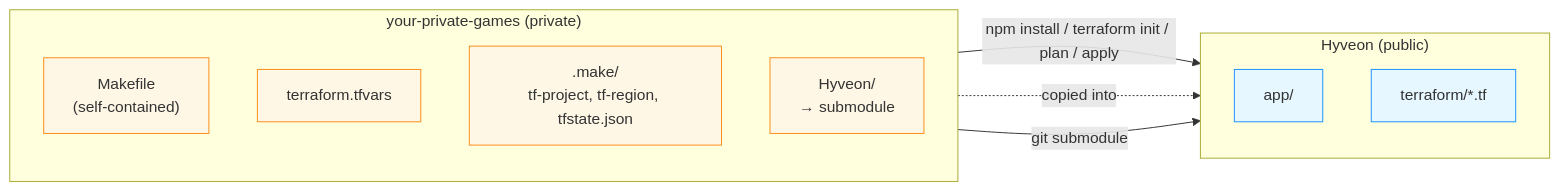
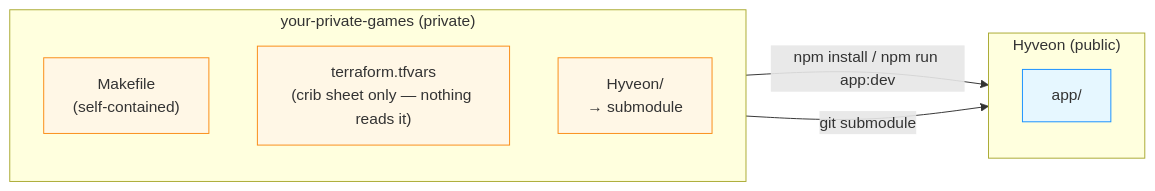
Before and after one commit to CoderCoco-Studios/Hyveon: the diagram in docs/docs/guides/submodule.md, drawn with Mermaid. The commit also changed other lines of this file and 22 other files, not shown here.

````diff
--- a/docs/docs/guides/submodule.md
+++ b/docs/docs/guides/submodule.md
@@ -43,23 +42,20 @@
 ```mermaid
 flowchart LR
   classDef public fill:#e6f7ff,stroke:#1890ff
   classDef priv   fill:#fff7e6,stroke:#fa8c16
 
   subgraph Parent["your-private-games (private)"]
     direction TB
     PMK["Makefile<br/>(self-contained)"]:::priv
-    PTF["terraform.tfvars"]:::priv
-    PSTAMP[".make/<br/>tf-project, tf-region, tfstate.json"]:::priv
+    PTF["terraform.tfvars<br/>(crib sheet only — nothing reads it)"]:::priv
     PSUB["Hyveon/<br/>→ submodule"]:::priv
   end
 
   subgraph Upstream["Hyveon (public)"]
     direction TB
     UAPP["app/"]:::public
-    UTF["terraform/*.tf"]:::public
   end
 
   PSUB -- "git submodule" --> Upstream
-  PMK  -- "npm install / terraform init / plan / apply" --> UTF
-  PTF  -. "copied into" .-> UTF
+  PMK  -- "npm install / npm run app:dev" --> UAPP
 ```
````
